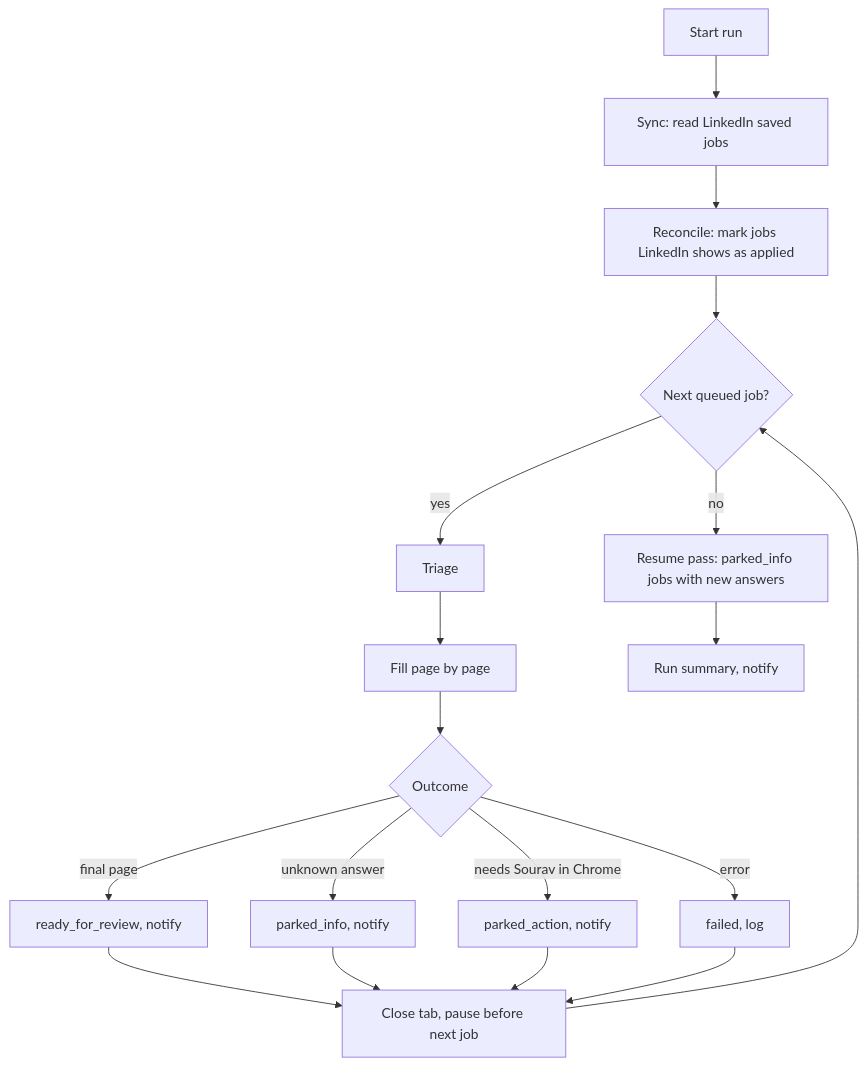
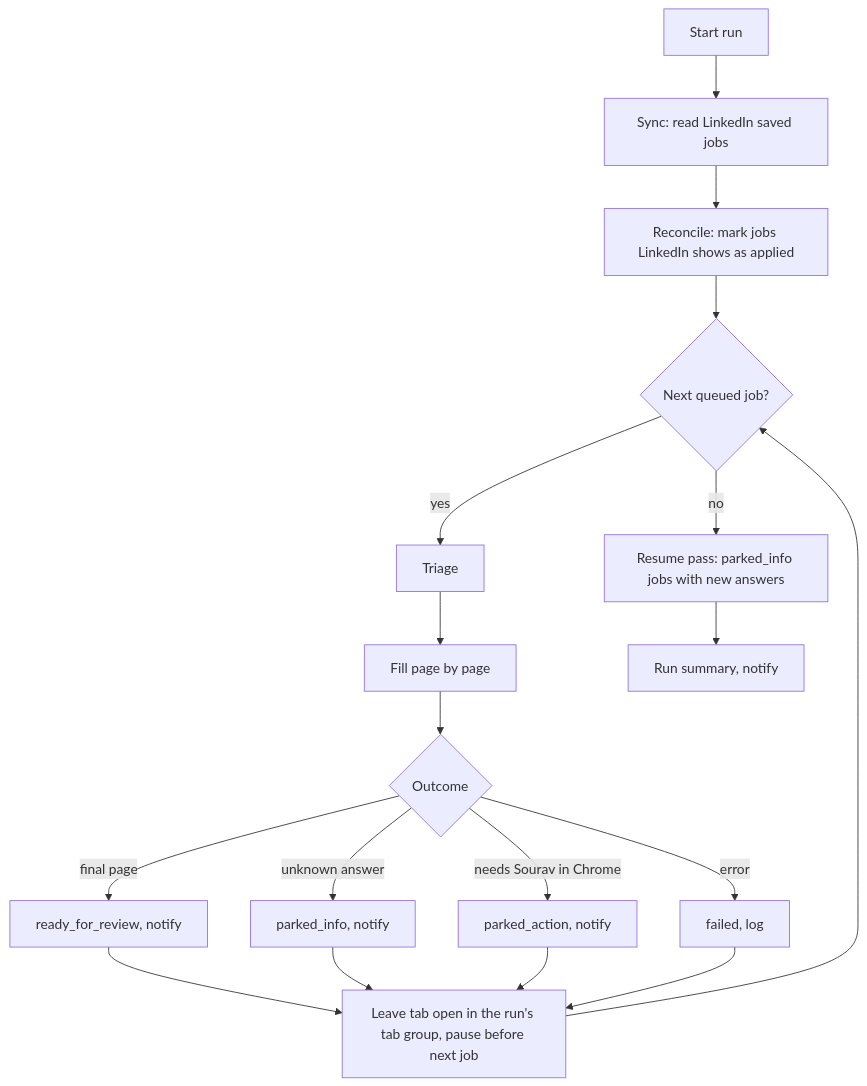
The third of 3 diagrams in docs/spec.md (souravsarkar1295/job-applier-claude), drawn with Mermaid before and after one commit. The commit also changed other lines of this file, not shown here.

First line of the commit message:
Spec v0.2: keep filled tabs open, add recovery and capability gate

````diff
--- a/docs/spec.md
+++ b/docs/spec.md
@@ -138,20 +150,20 @@
 ```mermaid
 flowchart TD
   A[Start run] --> B[Sync: read LinkedIn saved jobs]
   B --> C[Reconcile: mark jobs LinkedIn shows as applied]
   C --> D{Next queued job?}
   D -- yes --> E[Triage]
   E --> F[Fill page by page]
   F --> G{Outcome}
   G -- final page --> H[ready_for_review, notify]
   G -- unknown answer --> I[parked_info, notify]
   G -- needs Sourav in Chrome --> J[parked_action, notify]
   G -- error --> K[failed, log]
-  H --> P[Close tab, pause before next job]
+  H --> P[Leave tab open in the run's tab group, pause before next job]
   I --> P
   J --> P
   K --> P
   P --> D
   D -- no --> L[Resume pass: parked_info jobs with new answers]
   L --> M[Run summary, notify]
 ```
````
